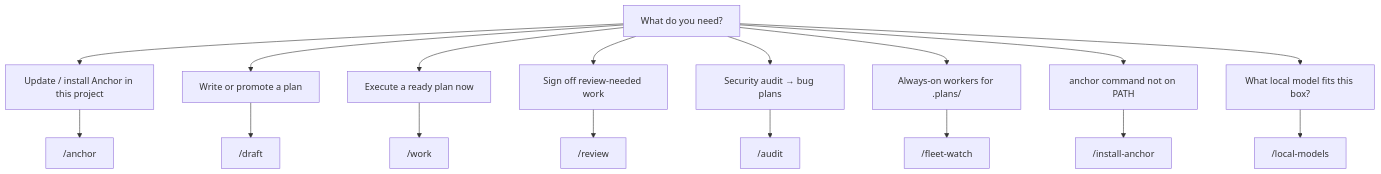
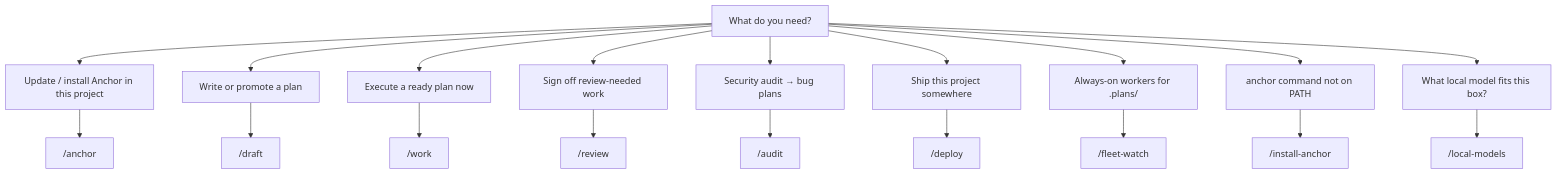
One commit to carefreeinv/anchor changed the diagram in docs/docs/skills/overview.md. Above: the diagram before and after it, drawn with Mermaid. The commit also changed other lines of this file and 12 other files, not shown here.

First line of the commit message:
Add /deploy skill: ship with the project's own tooling

````diff
--- a/docs/docs/skills/overview.md
+++ b/docs/docs/skills/overview.md
@@ -27,20 +28,22 @@
 ```mermaid
 flowchart TD
   q["What do you need?"]
   q --> a["Update / install Anchor in this project"]
   q --> p["Write or promote a plan"]
   q --> e["Execute a ready plan now"]
   q --> r["Sign off review-needed work"]
   q --> u["Security audit → bug plans"]
+  q --> d["Ship this project somewhere"]
   q --> b["Always-on workers for .plans/"]
   q --> c["anchor command not on PATH"]
   q --> l["What local model fits this box?"]
   a --> sa["/anchor"]
   p --> sd["/draft"]
   e --> sw["/work"]
   r --> sr["/review"]
   u --> su["/audit"]
+  d --> sp["/deploy"]
   b --> sf["/fleet-watch"]
   c --> si["/install-anchor"]
   l --> sl["/local-models"]
 ```
````
